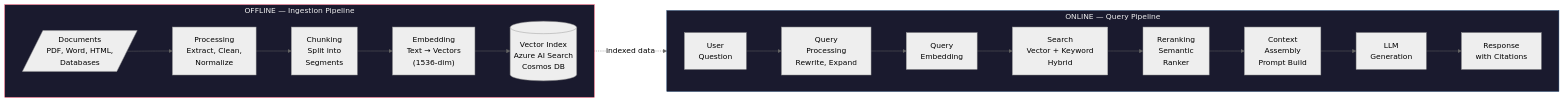
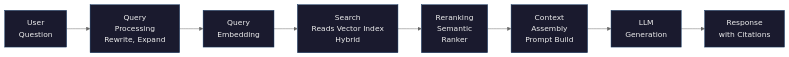
One commit to frootai/frootai changed the second of 9 diagrams in .factory/docs/learning/r2-rag-architecture.mdx. Above: the diagram before and after it, drawn with Mermaid (neutral theme). The commit also changed other lines of this file and 35 other files, not shown here.

````diff
--- a/.factory/docs/learning/r2-rag-architecture.mdx
+++ b/.factory/docs/learning/r2-rag-architecture.mdx
@@ -79,26 +95,12 @@
 ```mermaid
-graph LR
-    subgraph OFFLINE["OFFLINE — Ingestion Pipeline"]
-        direction LR
-        D[/"Documents<br/>PDF, Word, HTML,<br/>Databases"/] --> P["Processing<br/>Extract, Clean,<br/>Normalize"]
-        P --> C["Chunking<br/>Split into<br/>Segments"]
-        C --> E["Embedding<br/>Text → Vectors<br/>(1536-dim)"]
-        E --> I[("Vector Index<br/>Azure AI Search<br/>Cosmos DB")]
-    end
-
-    subgraph ONLINE["ONLINE — Query Pipeline"]
-        direction LR
-        Q["User<br/>Question"] --> QP["Query<br/>Processing<br/>Rewrite, Expand"]
-        QP --> QE["Query<br/>Embedding"]
-        QE --> S["Search<br/>Vector + Keyword<br/>Hybrid"]
-        S --> RR["Reranking<br/>Semantic<br/>Ranker"]
-        RR --> CA["Context<br/>Assembly<br/>Prompt Build"]
-        CA --> LLM["LLM<br/>Generation"]
-        LLM --> R["Response<br/>with Citations"]
-    end
-
-    I -.->|"indexed data"| S
-
-    style OFFLINE fill:#1a1a2e,stroke:#e94560,color:#eee
-    style ONLINE fill:#1a1a2e,stroke:#0f3460,color:#eee
+flowchart LR
+    Q["User<br/>Question"] --> QP["Query<br/>Processing<br/>Rewrite, Expand"]
+    QP --> QE["Query<br/>Embedding"]
+    QE --> S["Search<br/>Reads Vector Index<br/>Hybrid"]
+    S --> RR["Reranking<br/>Semantic<br/>Ranker"]
+    RR --> CA["Context<br/>Assembly<br/>Prompt Build"]
+    CA --> LLM["LLM<br/>Generation"]
+    LLM --> R["Response<br/>with Citations"]
+    classDef online fill:#1a1a2e,stroke:#0f3460,color:#eee
+    class Q,QP,QE,S,RR,CA,LLM,R online
 ```
````
